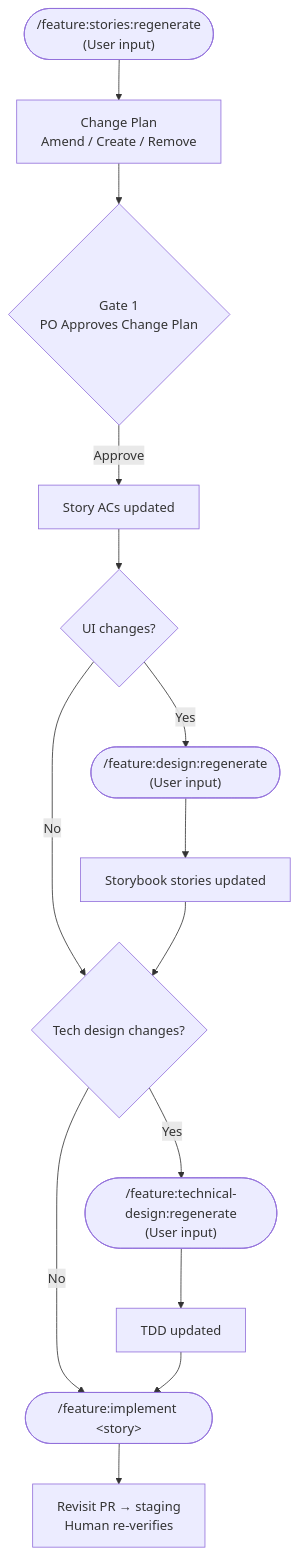
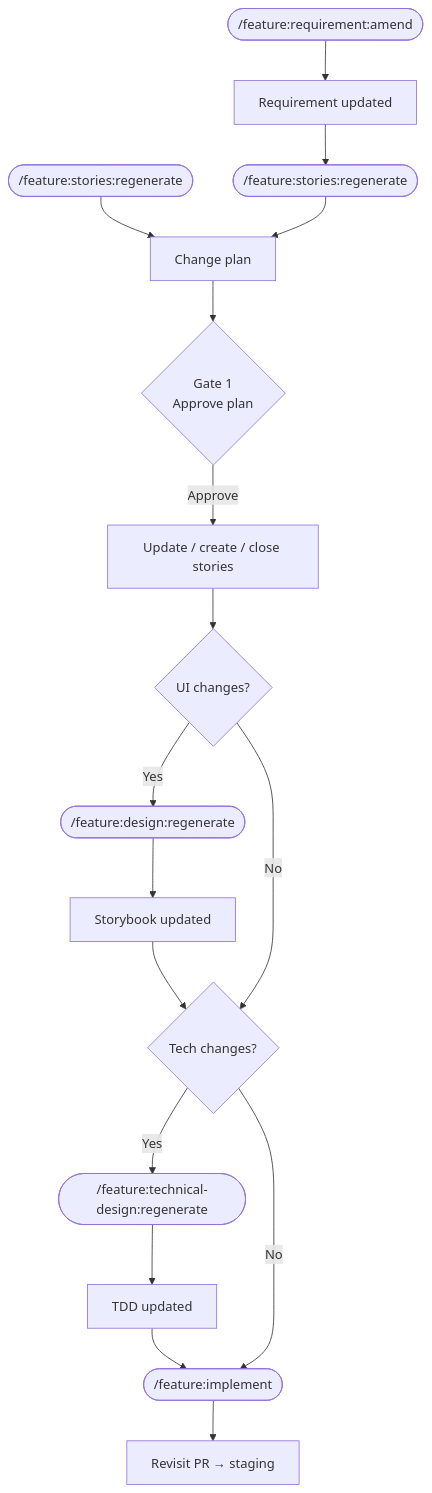
Before and after one commit to simpscal/sapiens-dtj: the fifth of 6 diagrams in README.md, drawn with Mermaid. The commit also changed other lines of this file and 46 other files, not shown here.

````diff
--- a/README.md
+++ b/README.md
@@ -280,16 +205,19 @@
 ```mermaid
 flowchart TD
-    A(["/feature:stories:regenerate\n(User input)"]) --> B["Change Plan\nAmend / Create / Remove"]
-    B --> G1{Gate 1\nPO Approves Change Plan}
-    G1 -->|Approve| C["Story ACs updated"]
-    C --> D{UI changes?}
-    D -->|Yes| E(["/feature:design:regenerate\n(User input)"])
-    D -->|No| F{Tech design changes?}
-    E --> E2["Storybook stories updated"]
-    E2 --> F
-    F -->|Yes| G(["/feature:technical-design:regenerate\n(User input)"])
-    F -->|No| H(["/feature:implement &lt;story&gt;"])
-    G --> G2["TDD updated"]
-    G2 --> H
-    H --> I["Revisit PR → staging\nHuman re-verifies"]
+    A1(["/feature:requirement:amend"]) --> B["Requirement updated"]
+    B --> C(["/feature:stories:regenerate"])
+    A2(["/feature:stories:regenerate"]) --> D
+    C --> D["Change plan"]
+    D --> G1{Gate 1\nApprove plan}
+    G1 -->|Approve| E["Update / create / close stories"]
+    E --> F{UI changes?}
+    F -->|Yes| FA(["/feature:design:regenerate"])
+    FA --> FA2["Storybook updated"]
+    FA2 --> T
+    F -->|No| T{Tech changes?}
+    T -->|Yes| TA(["/feature:technical-design:regenerate"])
+    TA --> TA2["TDD updated"]
+    TA2 --> H(["/feature:implement"])
+    T -->|No| H
+    H --> I["Revisit PR → staging"]
 ```
````
